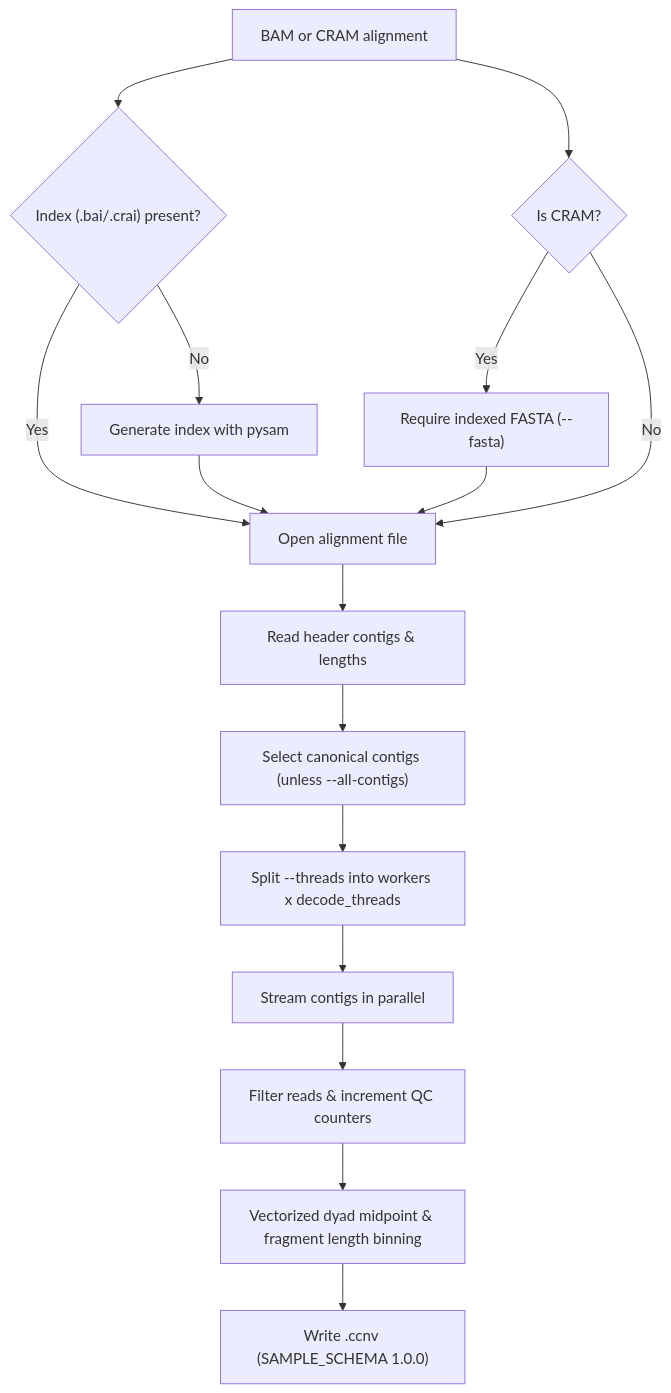
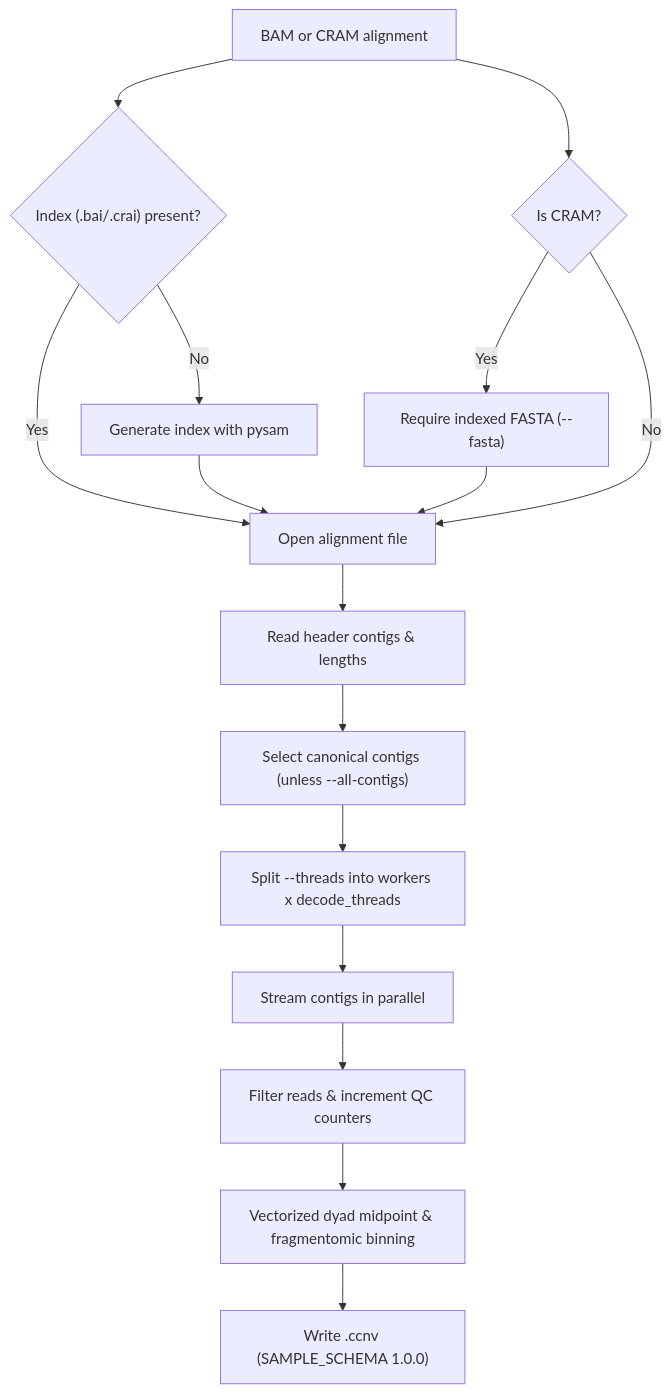
The second of 4 diagrams in docs/pipeline.md (matthdsm/ccnv), drawn with Mermaid before and after one commit. The commit also changed other lines of this file and 19 other files, not shown here.

````diff
--- a/docs/pipeline.md
+++ b/docs/pipeline.md
@@ -28,18 +29,18 @@
 ```mermaid
 flowchart TD
     InAlign["BAM or CRAM alignment"] --> CheckIdx{"Index (.bai/.crai) present?"}
     CheckIdx -- No --> BuildIdx["Generate index with pysam"]
     CheckIdx -- Yes --> OpenAlign["Open alignment file"]
     BuildIdx --> OpenAlign
     InAlign --> CheckCRAM{"Is CRAM?"}
     CheckCRAM -- Yes --> CheckFai["Require indexed FASTA (--fasta)"]
     CheckFai --> OpenAlign
     CheckCRAM -- No --> OpenAlign
     OpenAlign --> ParseHeader["Read header contigs & lengths"]
     ParseHeader --> LayoutFilter["Select canonical contigs (unless --all-contigs)"]
     LayoutFilter --> Budget["Split --threads into workers x decode_threads"]
     Budget --> Stream["Stream contigs in parallel"]
     Stream --> Filter["Filter reads & increment QC counters"]
-    Filter --> Binning["Vectorized dyad midpoint & fragment length binning"]
+    Filter --> Binning["Vectorized dyad midpoint & fragmentomic binning"]
     Binning --> WriteParquet["Write <prefix>.ccnv (SAMPLE_SCHEMA 1.0.0)"]
 ```
````
